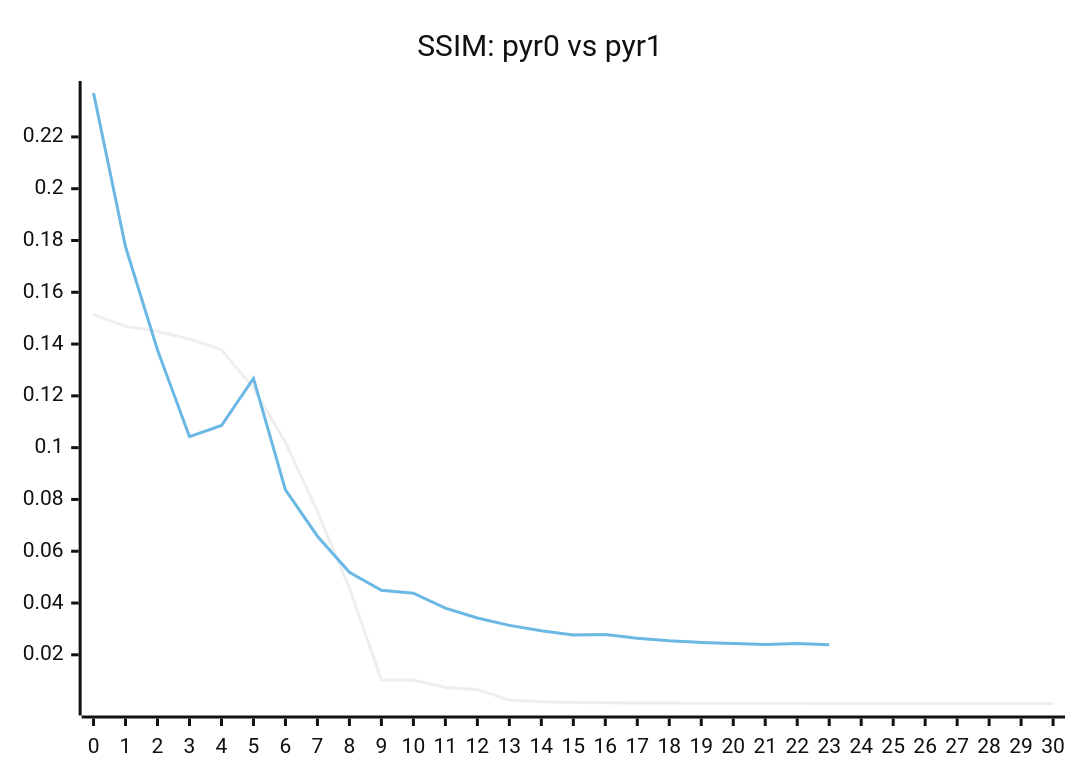
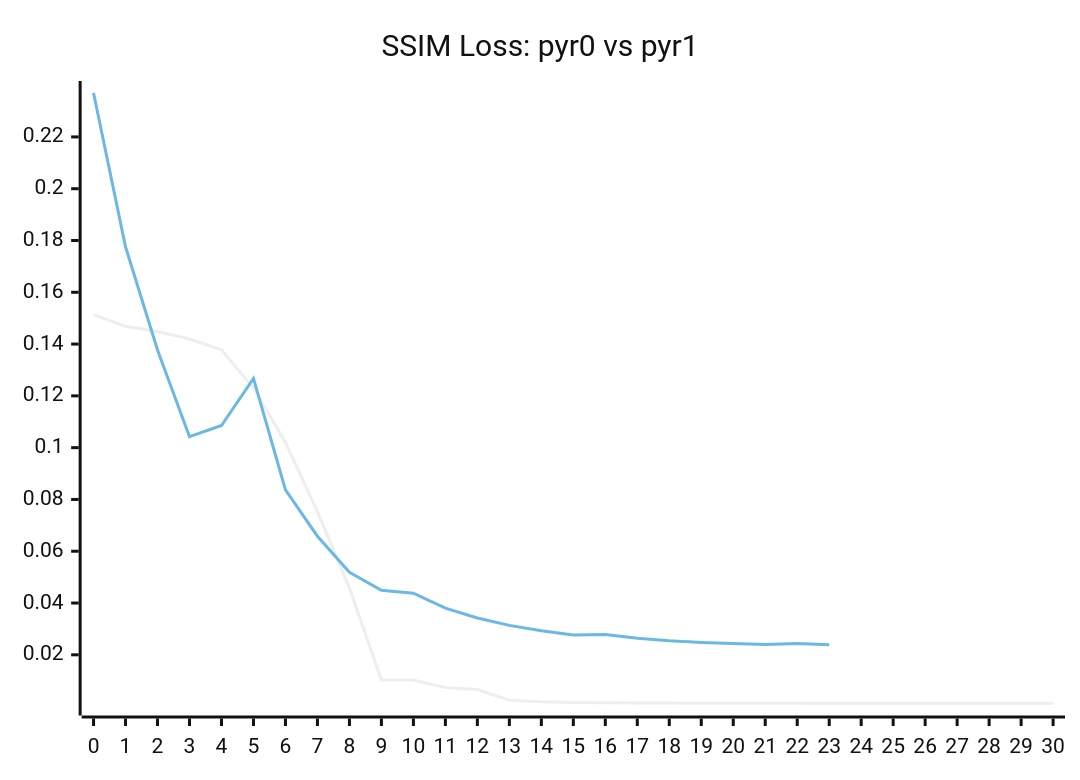
One commit to VENUSXK/pages changed the second of 2 diagrams in content/docs/GaborRT/exp-20261022.mdx. Above: the diagram before and after it, drawn with Mermaid (neutral theme). The commit also changed other lines of this file and 6 other files, not shown here.

````diff
--- a/content/docs/GaborRT/exp-20261022.mdx
+++ b/content/docs/GaborRT/exp-20261022.mdx
@@ -75,7 +75,7 @@
 ```mermaid
 xychart-beta
-  title "SSIM: pyr0 vs pyr1"
+  title "SSIM Loss: pyr0 vs pyr1"
   x-axis [0, 1, 2, 3, 4, 5, 6, 7, 8, 9, 10, 11, 12, 13, 14, 15, 16, 17, 18, 19, 20, 21, 22, 23, 24, 25, 26, 27, 28, 29, 30]
   line [0.15137374401092529, 0.14685654640197754, 0.14488537609577179, 0.14196641743183136, 0.13782535493373871, 0.12300422042608261, 0.102009616792202, 0.075302973389625549, 0.045759961009025574, 0.010271025821566582, 0.010241368785500526, 0.0073475241661071777, 0.0066180187277495861, 0.0025034304708242416, 0.0018495320109650493, 0.0016071051359176636, 0.0014949814649298787, 0.0014264186611399055, 0.0013628453016281128, 0.0013218498788774014, 0.0012888560304418206, 0.001266449922695756, 0.0012590412516146898, 0.001242496189661324, 0.0012314741034060717, 0.0012214307207614183, 0.0012138410238549113, 0.0012117377482354641, 0.0012099939631298184, 0.0012031645746901631, 0.0011993272928521037]
   line [0.23695950210094452, 0.17756873369216919, 0.13774830102920532, 0.10422659665346146, 0.10856654495000839, 0.12675240635871887, 0.083714030683040619, 0.065805219113826752, 0.051884807646274567, 0.044938899576663971, 0.043801065534353256, 0.038012456148862839, 0.034218624234199524, 0.031369801610708237, 0.029272411018610001, 0.027692932635545731, 0.027810387313365936, 0.026396408677101135, 0.025428935885429382, 0.024781718850135803, 0.024331320077180862, 0.023998051881790161, 0.024384081363677979, 0.023851361125707626]
 ```
````
